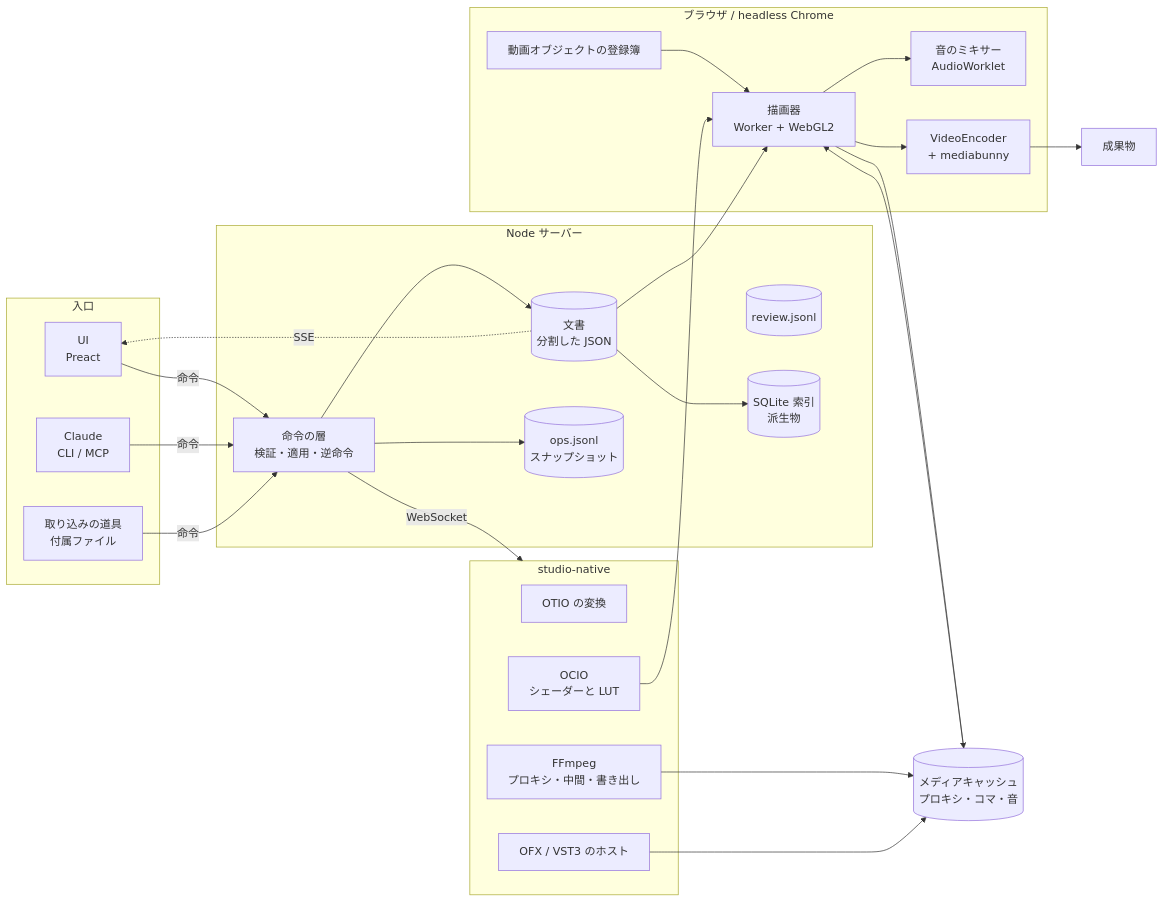
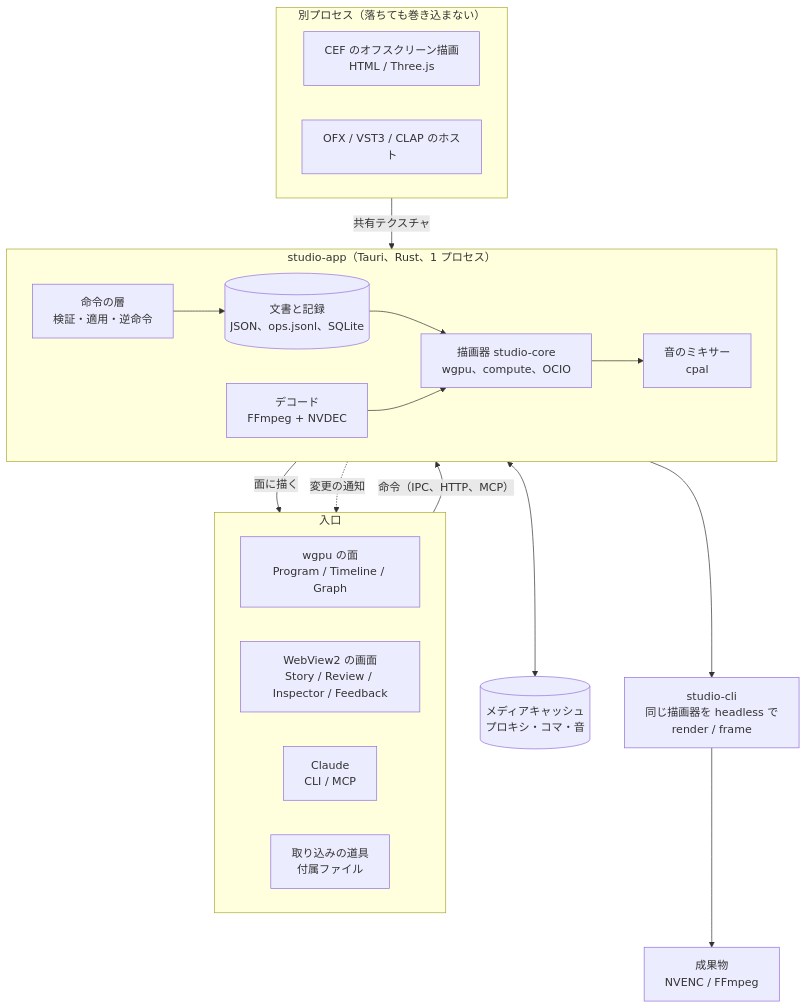
The first of 4 diagrams in studio/docs/design.md (Durun/claude-marketplace), drawn with Mermaid before and after one commit. The commit also changed other lines of this file, not shown here.

First line of the commit message:
docs(studio): 設計書を Rust のネイティブの描画器と Tauri の混成の UI の構成に書き直す

````diff
--- a/studio/docs/design.md
+++ b/studio/docs/design.md
@@ -60,46 +64,35 @@
 ```mermaid
-flowchart LR
+flowchart TB
   subgraph IN[入口]
-    UI[UI<br>Preact]
+    direction LR
+    NV[wgpu の面<br>Program / Timeline / Graph]
+    WV[WebView2 の画面<br>Story / Review / Inspector / Feedback]
     CL[Claude<br>CLI / MCP]
     ING[取り込みの道具<br>付属ファイル]
   end
-  subgraph NODE[Node サーバー]
+  subgraph APP[studio-app（Tauri、Rust、1 プロセス）]
+    direction LR
     OPS[命令の層<br>検証・適用・逆命令]
-    DOC[(文書<br>分割した JSON)]
-    LOG[(ops.jsonl<br>スナップショット)]
-    REV[(review.jsonl)]
-    IDX[(SQLite 索引<br>派生物)]
+    DOC[(文書と記録<br>JSON、ops.jsonl、SQLite)]
+    ENG[描画器 studio-core<br>wgpu、compute、OCIO]
+    DEC[デコード<br>FFmpeg + NVDEC]
+    MIX[音のミキサー<br>cpal]
+    OPS --> DOC --> ENG
+    DEC --> ENG
+    ENG --> MIX
   end
-  subgraph BR[ブラウザ / headless Chrome]
-    ENG[描画器<br>Worker + WebGL2]
-    MIX[音のミキサー<br>AudioWorklet]
-    REG[動画オブジェクトの登録簿]
-    ENC[VideoEncoder<br>+ mediabunny]
-  end
-  subgraph NAT[studio-native]
-    OTIO[OTIO の変換]
-    OCIO[OCIO<br>シェーダーと LUT]
-    FF[FFmpeg<br>プロキシ・中間・書き出し]
-    OFX[OFX / VST3 のホスト]
+  subgraph HOSTS[別プロセス（落ちても巻き込まない）]
+    direction LR
+    CEF[CEF のオフスクリーン描画<br>HTML / Three.js]
+    OFX[OFX / VST3 / CLAP のホスト]
   end
   CACHE[(メディアキャッシュ<br>プロキシ・コマ・音)]
-  UI -- 命令 --> OPS
-  CL -- 命令 --> OPS
-  ING -- 命令 --> OPS
-  OPS --> DOC
-  OPS --> LOG
-  DOC --> IDX
-  DOC -. SSE .-> UI
-  DOC --> ENG
-  REG --> ENG
-  ENG --> MIX
-  ENG --> ENC
-  ENC --> OUT[成果物]
-  CACHE --> ENG
-  ENG --> CACHE
-  OPS -- WebSocket --> NAT
-  FF --> CACHE
-  OFX --> CACHE
-  OCIO --> ENG
+  CLI[studio-cli<br>同じ描画器を headless で<br>render / frame]
+  OUT[成果物<br>NVENC / FFmpeg]
+  IN -- 命令（IPC、HTTP、MCP） --> OPS
+  DOC -. 変更の通知 .-> IN
+  ENG -- 面に描く --> NV
+  HOSTS -- 共有テクスチャ --> ENG
+  ENG <--> CACHE
+  DOC --> CLI --> OUT
 ```
````
